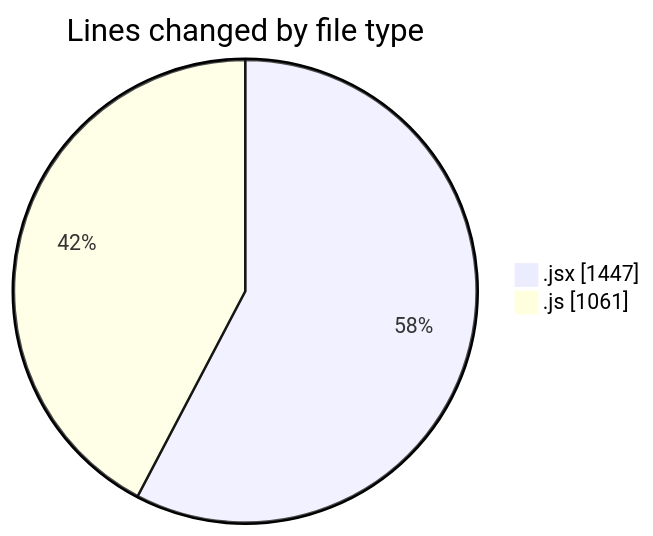
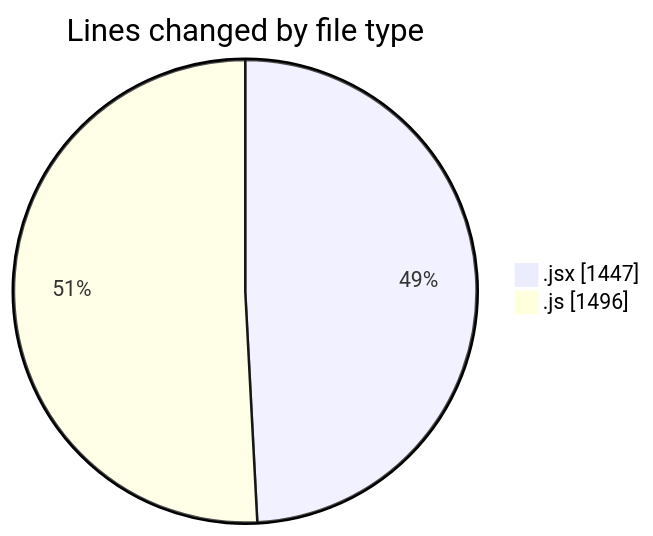
One commit to nxtqubesakshisongat/code-tracking changed the first of 2 diagrams in 2025-09-15/nxtqube_webapp/README.md. Above: the diagram before and after it, drawn with Mermaid. The commit also changed other lines of this file and 1 other file, not shown here.

````diff
--- a/2025-09-15/nxtqube_webapp/README.md
+++ b/2025-09-15/nxtqube_webapp/README.md
@@ -22,6 +22,6 @@
 ```mermaid
 pie showData
 title Lines changed by file type
 ".jsx" : 1447
-".js" : 1061
+".js" : 1496
 ```
````
